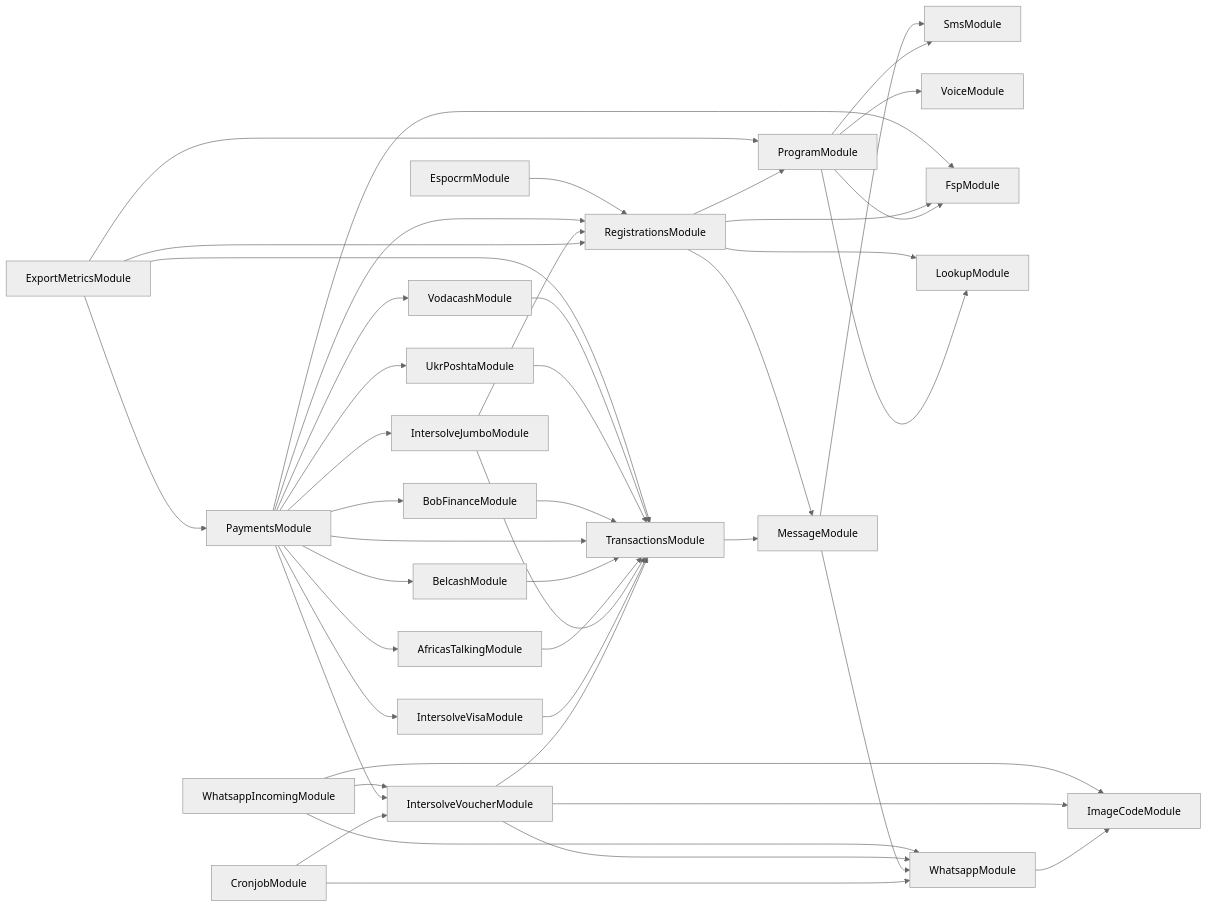
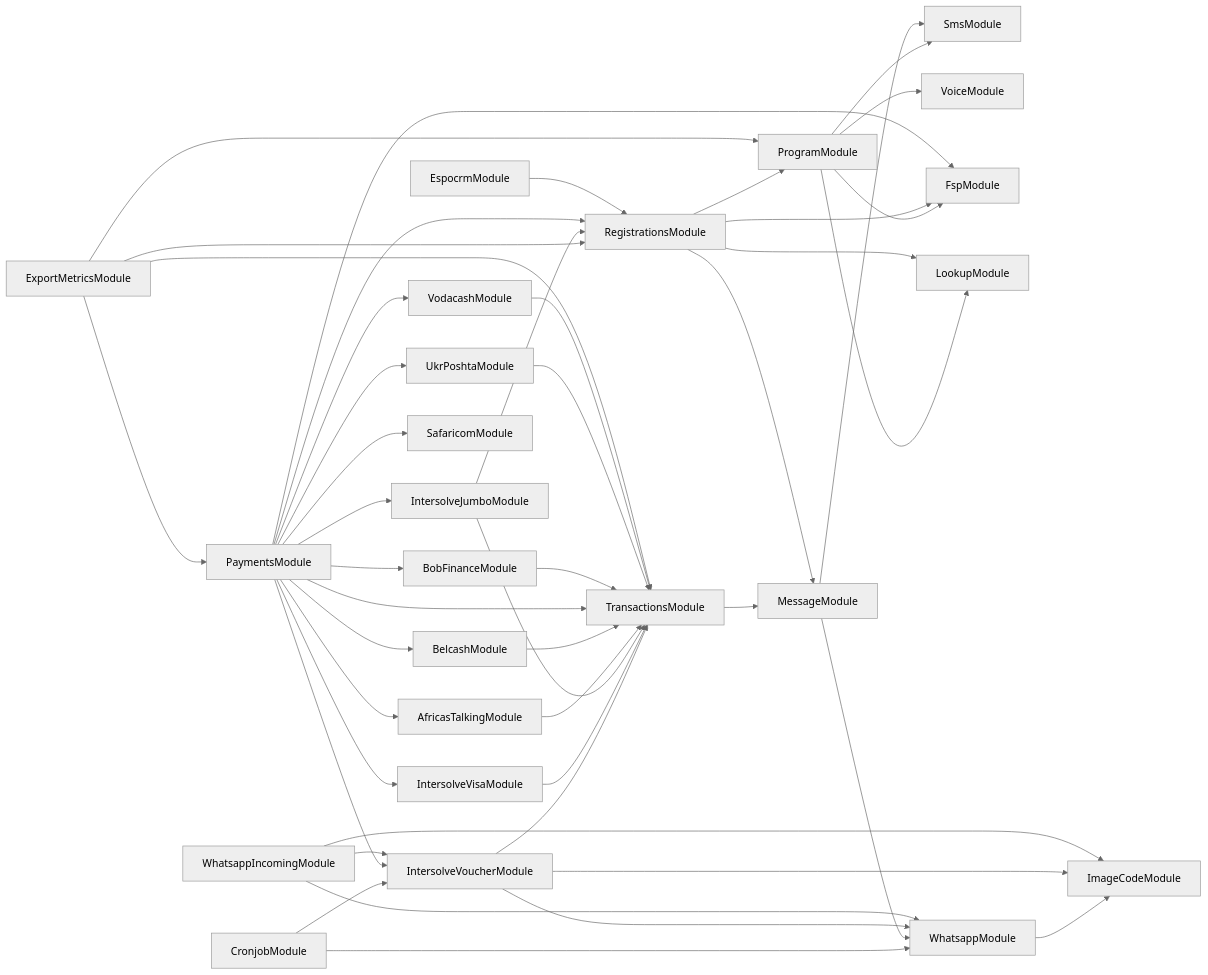
The diagram in services/121-service/module-dependencies.md (global-121/121-platform), drawn with Mermaid (neutral theme) before and after one commit. The commit also changed 6 other files, not shown here.

````diff
--- a/services/121-service/module-dependencies.md
+++ b/services/121-service/module-dependencies.md
@@ -3,47 +3,48 @@
 ```mermaid
 graph LR
   ProgramModule-->SmsModule
   ProgramModule-->VoiceModule
   ProgramModule-->FspModule
   ProgramModule-->LookupModule
   CronjobModule-->WhatsappModule
   WhatsappModule-->ImageCodeModule
   CronjobModule-->IntersolveVoucherModule
   IntersolveVoucherModule-->ImageCodeModule
   IntersolveVoucherModule-->TransactionsModule
   TransactionsModule-->MessageModule
   MessageModule-->WhatsappModule
   MessageModule-->SmsModule
   IntersolveVoucherModule-->WhatsappModule
   RegistrationsModule-->LookupModule
   RegistrationsModule-->ProgramModule
   RegistrationsModule-->FspModule
   RegistrationsModule-->MessageModule
   ExportMetricsModule-->ProgramModule
   ExportMetricsModule-->RegistrationsModule
   ExportMetricsModule-->PaymentsModule
   PaymentsModule-->FspModule
   PaymentsModule-->IntersolveVoucherModule
   PaymentsModule-->IntersolveVisaModule
   IntersolveVisaModule-->TransactionsModule
   PaymentsModule-->IntersolveJumboModule
   IntersolveJumboModule-->TransactionsModule
   IntersolveJumboModule-->RegistrationsModule
   PaymentsModule-->AfricasTalkingModule
   AfricasTalkingModule-->TransactionsModule
   PaymentsModule-->BelcashModule
   BelcashModule-->TransactionsModule
   PaymentsModule-->TransactionsModule
   PaymentsModule-->BobFinanceModule
   BobFinanceModule-->TransactionsModule
   PaymentsModule-->UkrPoshtaModule
   UkrPoshtaModule-->TransactionsModule
   PaymentsModule-->VodacashModule
   VodacashModule-->TransactionsModule
+  PaymentsModule-->SafaricomModule
   PaymentsModule-->RegistrationsModule
   ExportMetricsModule-->TransactionsModule
   WhatsappIncomingModule-->ImageCodeModule
   WhatsappIncomingModule-->IntersolveVoucherModule
   WhatsappIncomingModule-->WhatsappModule
   EspocrmModule-->RegistrationsModule
 ```
````
